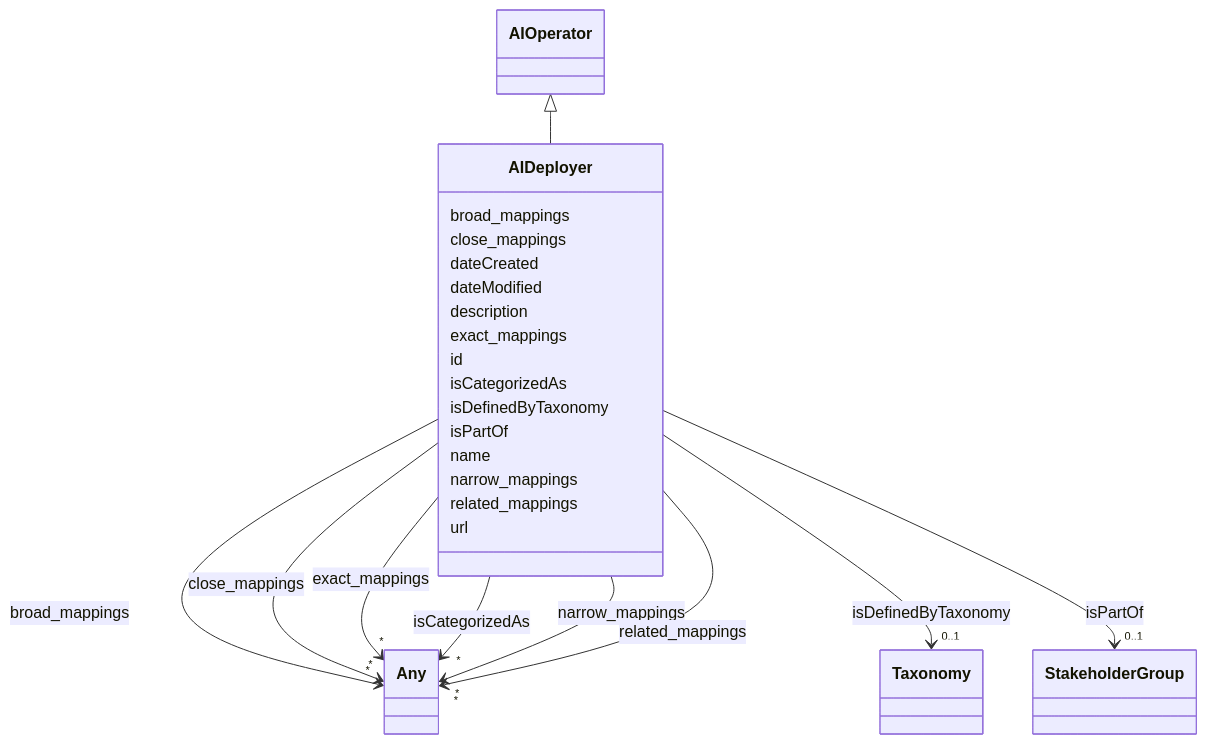
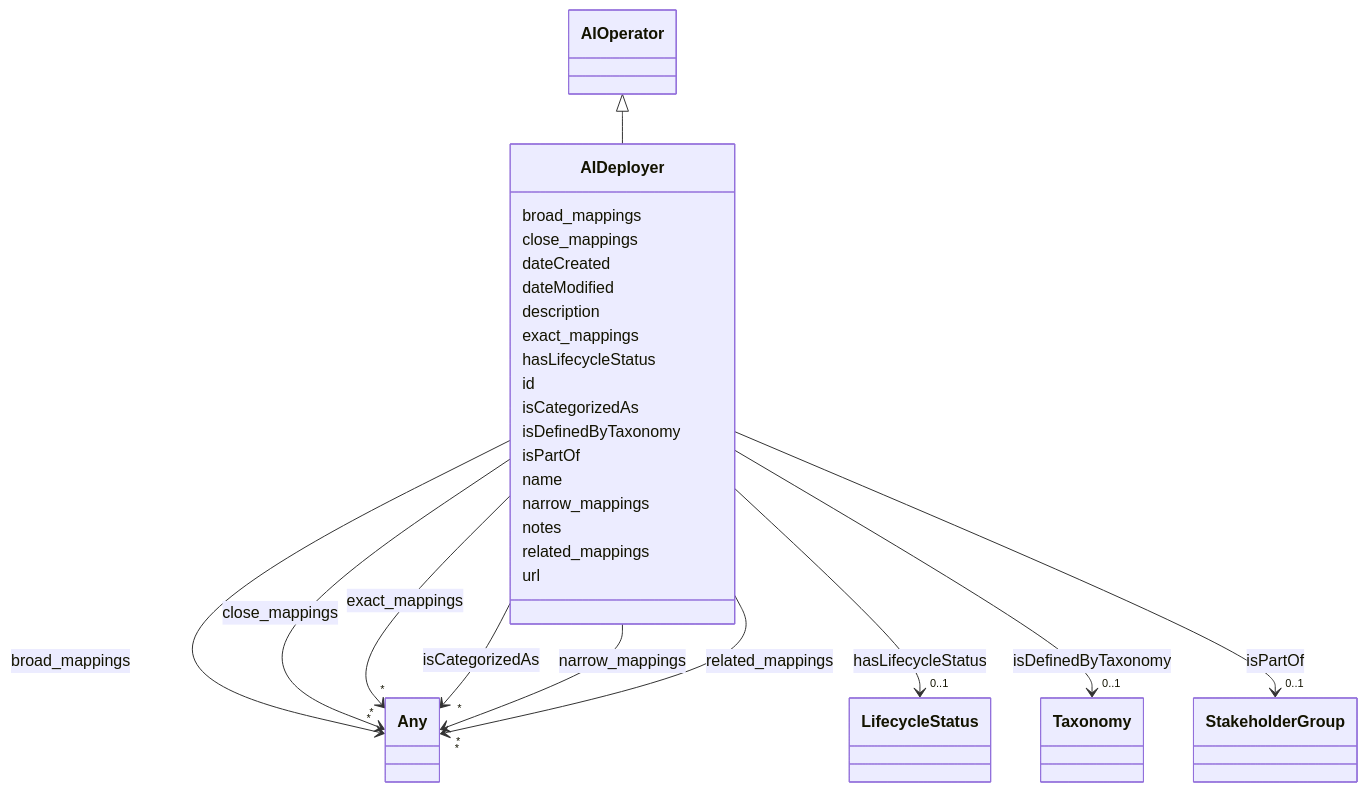
One commit to ingelise/risk-atlas-nexus changed the diagram in docs/ontology/AIDeployer.md. Above: the diagram before and after it, drawn with Mermaid. The commit also changed other lines of this file and 190 other files, not shown here.

```diff
--- a/docs/ontology/AIDeployer.md
+++ b/docs/ontology/AIDeployer.md
@@ -54,6 +54,17 @@
 
         AIDeployer --> "*" Any : exact_mappings
         click Any href "../Any/"
+
+
+
+      AIDeployer : hasLifecycleStatus
+
+
+
+
+
+        AIDeployer --> "0..1" LifecycleStatus : hasLifecycleStatus
+        click LifecycleStatus href "../LifecycleStatus/"
 
 
 
@@ -105,6 +116,8 @@
 
 
 
+      AIDeployer : notes
+
       AIDeployer : related_mappings
 
 
```
